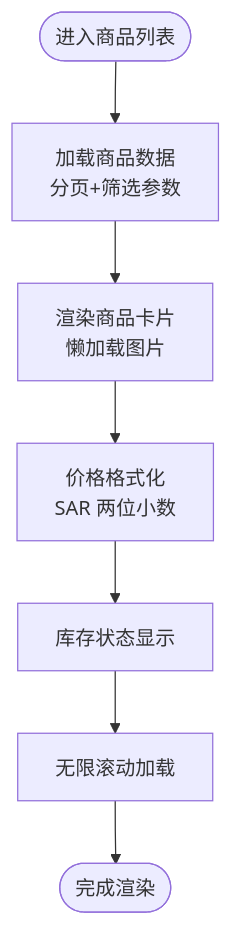
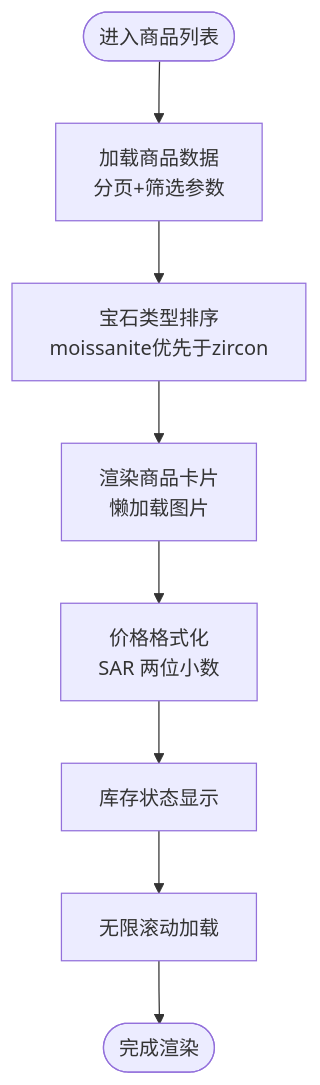
The fourth of 8 diagrams in .qoder/repowiki/zh/content/前台商店系统/商品展示系统/商品展示系统.md (three3638-arch/celestia_2b), drawn with Mermaid before and after one commit. The commit also changed other lines of this file and 5 other files, not shown here.

````diff
--- a/.qoder/repowiki/zh/content/前台商店系统/商品展示系统/商品展示系统.md
+++ b/.qoder/repowiki/zh/content/前台商店系统/商品展示系统/商品展示系统.md
@@ -259,9 +274,10 @@
 ```mermaid
 flowchart TD
 Start(["进入商品列表"]) --> Load["加载商品数据<br/>分页+筛选参数"]
-Load --> Render["渲染商品卡片<br/>懒加载图片"]
+Load --> Sort["宝石类型排序<br/>moissanite优先于zircon"]
+Sort --> Render["渲染商品卡片<br/>懒加载图片"]
 Render --> PriceFmt["价格格式化<br/>SAR 两位小数"]
 PriceFmt --> Status["库存状态显示"]
 Status --> Infinite["无限滚动加载"]
 Infinite --> End(["完成渲染"])
 ```
````
